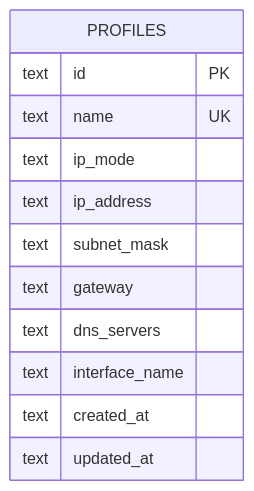
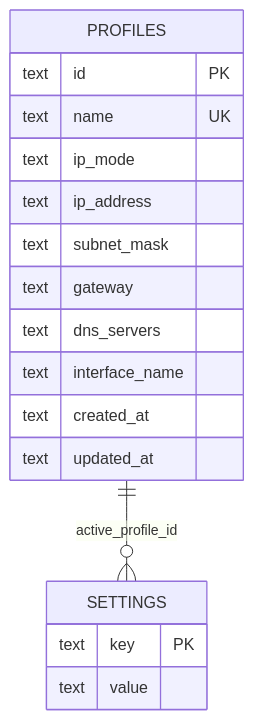
The sixth of 8 diagrams in .qoder/repowiki/zh/content/系统集成/系统集成.md (xdongliang/IPSwitcher), drawn with Mermaid before and after one commit. The commit also changed other lines of this file and 22 other files, not shown here.

````diff
--- a/.qoder/repowiki/zh/content/系统集成/系统集成.md
+++ b/.qoder/repowiki/zh/content/系统集成/系统集成.md
@@ -257,15 +281,20 @@
 ```mermaid
 erDiagram
 PROFILES {
 text id PK
 text name UK
 text ip_mode
 text ip_address
 text subnet_mask
 text gateway
 text dns_servers
 text interface_name
 text created_at
 text updated_at
 }
+SETTINGS {
+text key PK
+text value
+}
+PROFILES ||--o{ SETTINGS : "active_profile_id"
 ```
````
